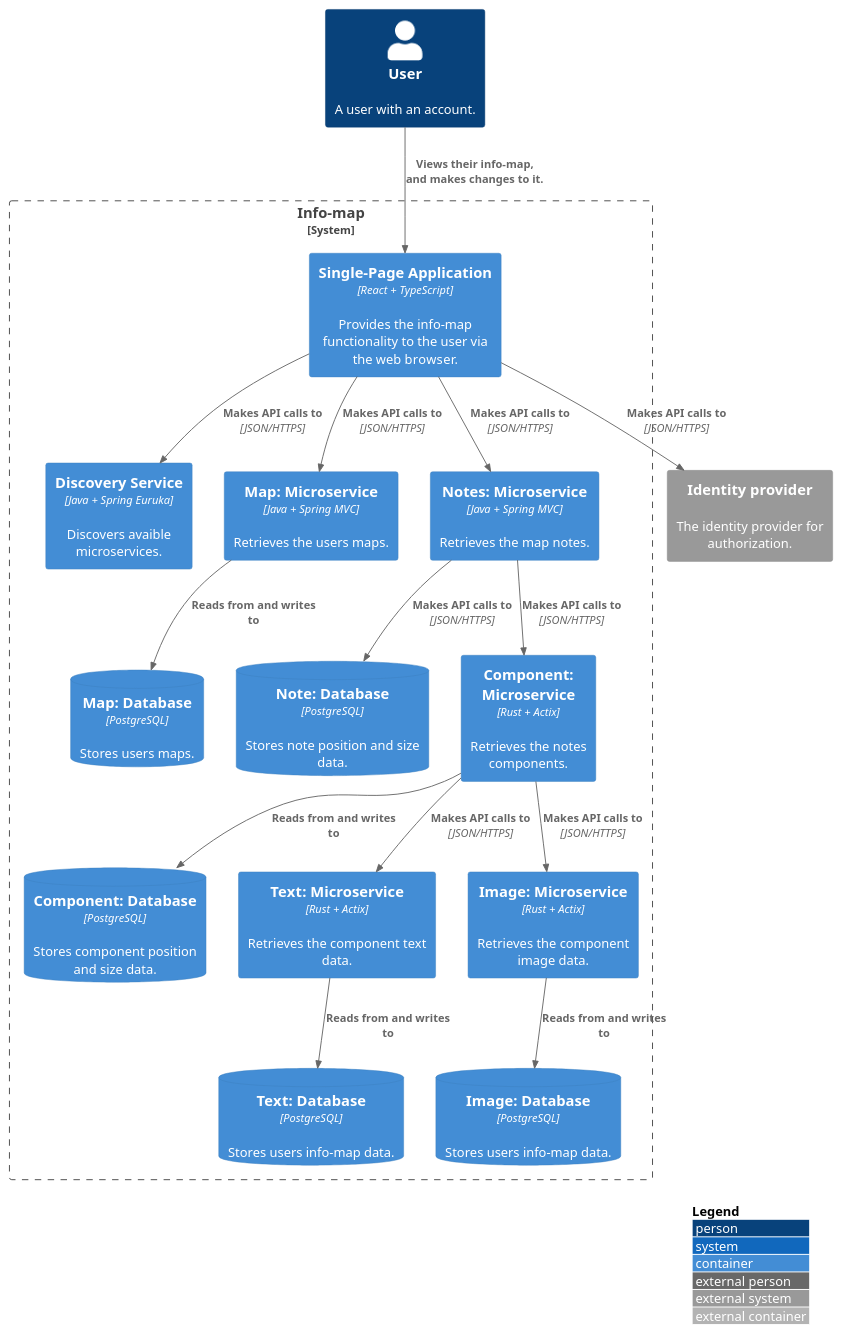
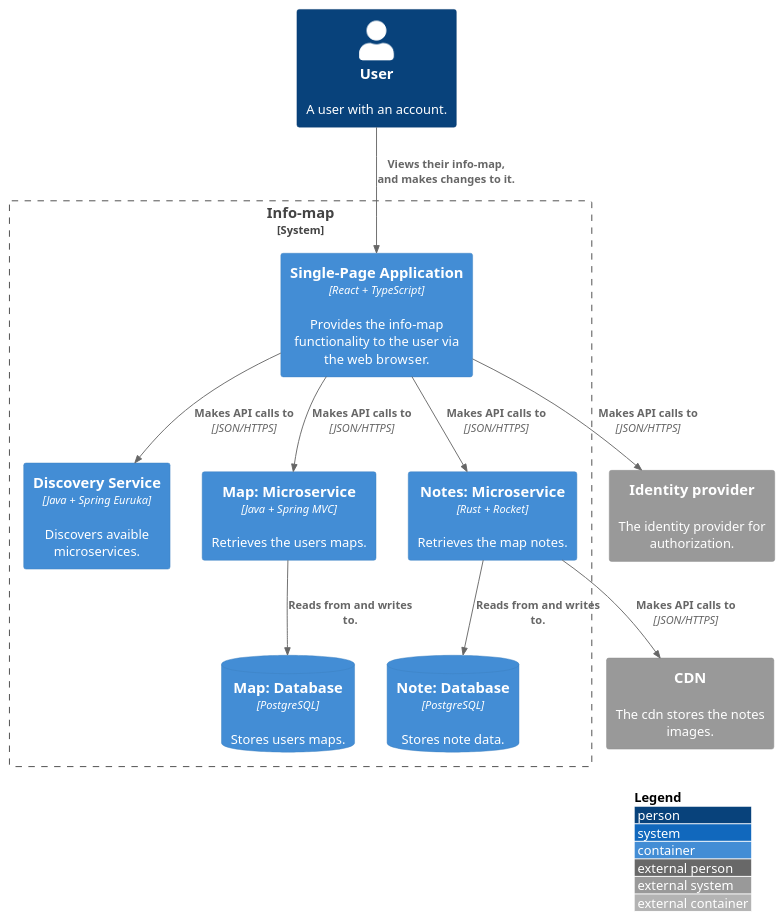
Before and after one commit to FHICT-S-Koen/info-map-docs: the diagram in diagrams/container.puml, drawn with PlantUML. The commit also changed 1 other file, not shown here.

Commit message:
Simplified architecture

```diff
--- a/diagrams/container.puml
+++ b/diagrams/container.puml
@@ -1,48 +1,33 @@
 @startuml C4_Elements
 !include https://raw.githubusercontent.com/plantuml-stdlib/C4-PlantUML/master/C4_Container.puml
 
 LAYOUT_WITH_LEGEND()
 
 Person(user, "User", "A user with an account.")
 
 System_Ext(auth, "Identity provider", "The identity provider for authorization.")
+System_Ext(cdn, "CDN", "The cdn stores the notes images.")
 
 System_Boundary(boundry, "Info-map"){
 	Container(spa, "Single-Page Application", "React + TypeScript", "Provides the info-map functionality to the user via the web browser.")
 
 	Container(api, "Discovery Service", "Java + Spring Euruka", "Discovers avaible microservices.")
 	
 	Container(map_service, "Map: Microservice", "Java + Spring MVC", "Retrieves the users maps.")
 	ContainerDb(map_db, "Map: Database", "PostgreSQL", "Stores users maps.")
 
-	Container(note_service, "Notes: Microservice", "Java + Spring MVC", "Retrieves the map notes.")
-	ContainerDb(note_db, "Note: Database", "PostgreSQL", "Stores note position and size data.")
-
-	Container(component_service, "Component: Microservice", "Rust + Actix", "Retrieves the notes components.")
-	ContainerDb(component_db, "Component: Database", "PostgreSQL", "Stores component position and size data.")
-
-	Container(text_service, "Text: Microservice", "Rust + Actix", "Retrieves the component text data.")
-	ContainerDb(text_db, "Text: Database", "PostgreSQL", "Stores users info-map data.")
-
-	Container(image_service, "Image: Microservice", "Rust + Actix", "Retrieves the component image data.")
-	ContainerDb(image_db, "Image: Database", "PostgreSQL", "Stores users info-map data.")
+	Container(note_service, "Notes: Microservice", "Rust + Rocket", "Retrieves the map notes.")
+	ContainerDb(note_db, "Note: Database", "PostgreSQL", "Stores note data.")
 }
 Rel(user, spa, "Views their info-map, and makes changes to it.")
 
 Rel(spa, api, "Makes API calls to", "JSON/HTTPS")
 Rel(spa, auth, "Makes API calls to", "JSON/HTTPS")
 
 Rel(spa, map_service, "Makes API calls to", "JSON/HTTPS")
-Rel(map_service, map_db, "Reads from and writes to")
+Rel(map_service, map_db, "Reads from and writes to.")
 
 Rel(spa, note_service, "Makes API calls to", "JSON/HTTPS")
-Rel(note_service, component_service, "Makes API calls to", "JSON/HTTPS")
-Rel(note_service, note_db, "Makes API calls to", "JSON/HTTPS")
-
-Rel(component_service, image_service, "Makes API calls to", "JSON/HTTPS")
-Rel(component_service, text_service, "Makes API calls to", "JSON/HTTPS")
-
-Rel(component_service, component_db, "Reads from and writes to")
-Rel(text_service, text_db, "Reads from and writes to")
-Rel(image_service, image_db, "Reads from and writes to")
+Rel(note_service, cdn, "Makes API calls to", "JSON/HTTPS")
+Rel(note_service, note_db, "Reads from and writes to.")
 @enduml
```
